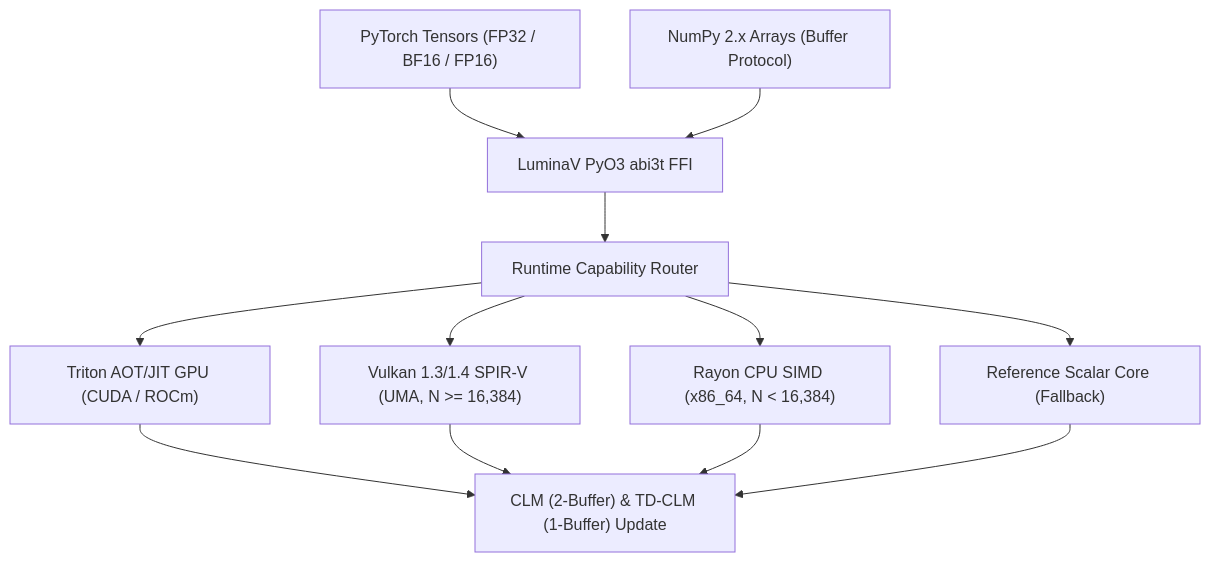
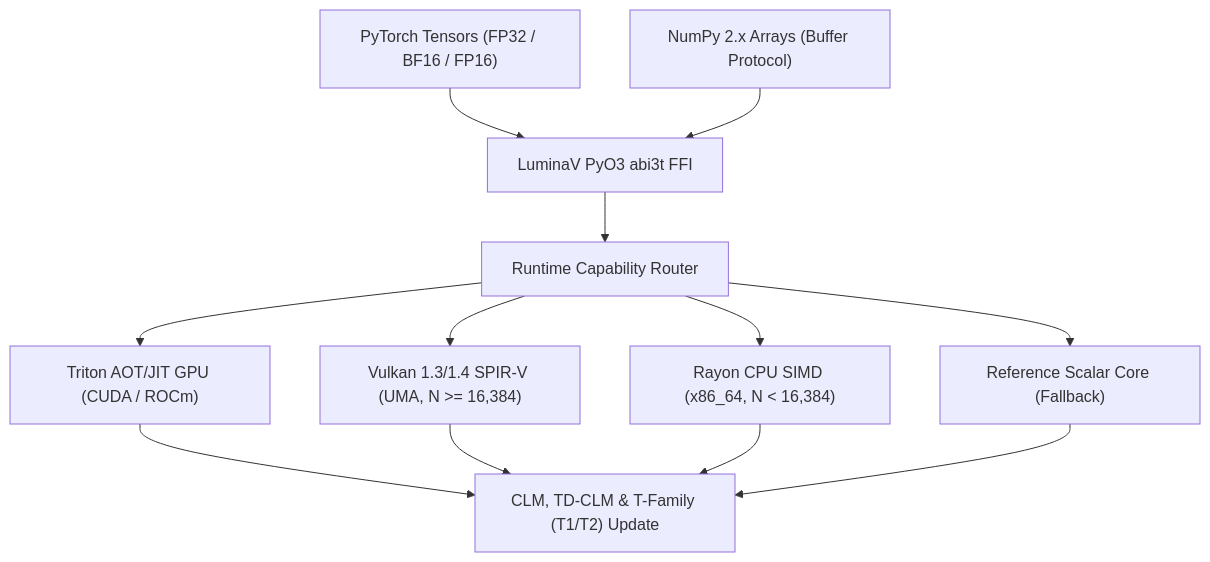
One commit to cloverx-id/luminamoon changed the diagram in docs/optimize/README.md. Above: the diagram before and after it, drawn with Mermaid. The commit also changed other lines of this file and 13 other files, not shown here.

````diff
--- a/docs/optimize/README.md
+++ b/docs/optimize/README.md
@@ -11,11 +11,11 @@
 ```mermaid
 flowchart TD
     PyTorch["PyTorch Tensors (FP32 / BF16 / FP16)"] --> FFI["LuminaV PyO3 abi3t FFI"]
     NumPy["NumPy 2.x Arrays (Buffer Protocol)"] --> FFI
     FFI --> Dispatcher["Runtime Capability Router"]
     Dispatcher --> Triton["Triton AOT/JIT GPU (CUDA / ROCm)"]
     Dispatcher --> Vulkan["Vulkan 1.3/1.4 SPIR-V (UMA, N >= 16,384)"]
     Dispatcher --> SIMD["Rayon CPU SIMD (x86_64, N < 16,384)"]
     Dispatcher --> Scalar["Reference Scalar Core (Fallback)"]
-    Triton & Vulkan & SIMD & Scalar --> Math["CLM (2-Buffer) & TD-CLM (1-Buffer) Update"]
+    Triton & Vulkan & SIMD & Scalar --> Math["CLM, TD-CLM & T-Family (T1/T2) Update"]
 ```
````
